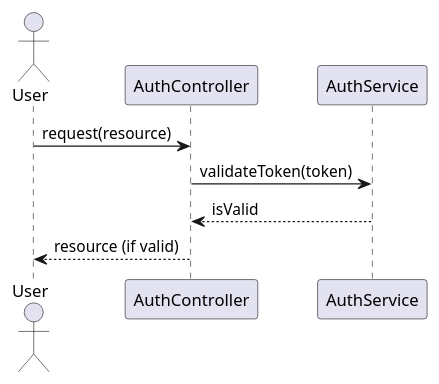
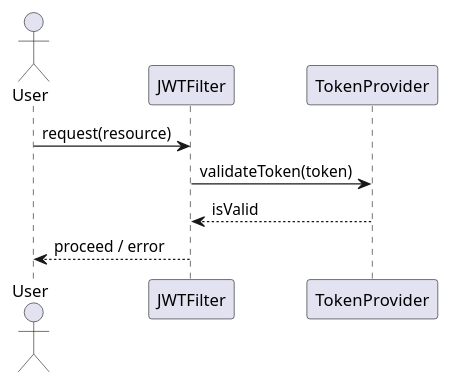
The third of 6 diagrams in enrollment/documentation/detaileddesign.adoc (Dinesh-s95/AutoDoc.ai), drawn with PlantUML before and after one commit. The commit also changed other lines of this file and 8 other files, not shown here.

```diff
--- a/enrollment/documentation/detaileddesign.adoc
+++ b/enrollment/documentation/detaileddesign.adoc
@@ -226,13 +232,13 @@
-[plantuml, jwt-validation-sequence, png]
+[plantuml, jwt-validation-flow, png]
 ----
 @startuml
 actor User
-participant "AuthController" as Controller
-participant "AuthService" as Service
+participant "JWTFilter" as Filter
+participant "TokenProvider" as TokenProvider
 
-User -> Controller : request(resource)
-Controller -> Service : validateToken(token)
-Service --> Controller : isValid
-Controller --> User : resource (if valid)
+User -> Filter : request(resource)
+Filter -> TokenProvider : validateToken(token)
+TokenProvider --> Filter : isValid
+Filter --> User : proceed / error
 @enduml
 ----
```
